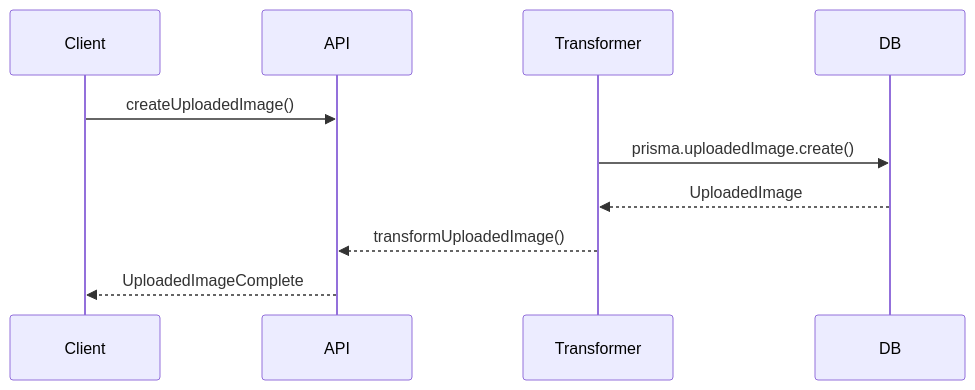
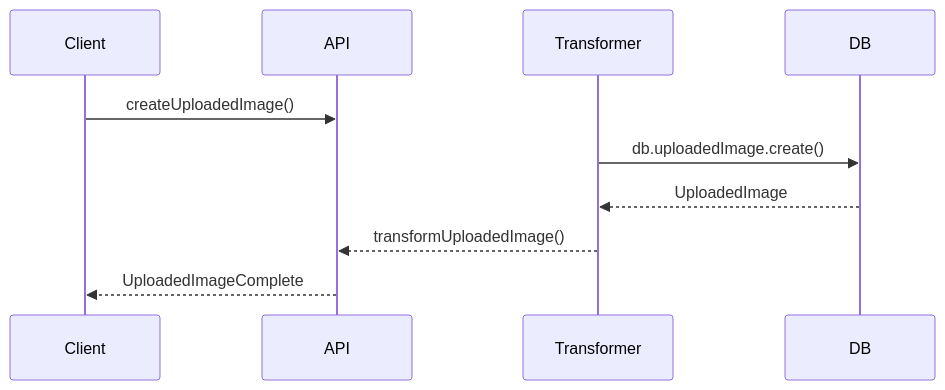
Before and after one commit to gvastethecreator/media-manager: the second of 2 diagrams in src/types/entities/uploaded-image/documentation.md, drawn with Mermaid. The commit also changed 185 other files, not shown here.

````diff
--- a/src/types/entities/uploaded-image/documentation.md
+++ b/src/types/entities/uploaded-image/documentation.md
@@ -60,13 +60,13 @@
 ```mermaid
 sequenceDiagram
     participant Client
     participant API
     participant Transformer
     participant DB
     Client->>API: createUploadedImage()
     
-    Transformer->>DB: prisma.uploadedImage.create()
+    Transformer->>DB: db.uploadedImage.create()
     DB-->>Transformer: UploadedImage
     Transformer-->>API: transformUploadedImage()
     API-->>Client: UploadedImageComplete
 ```
````
